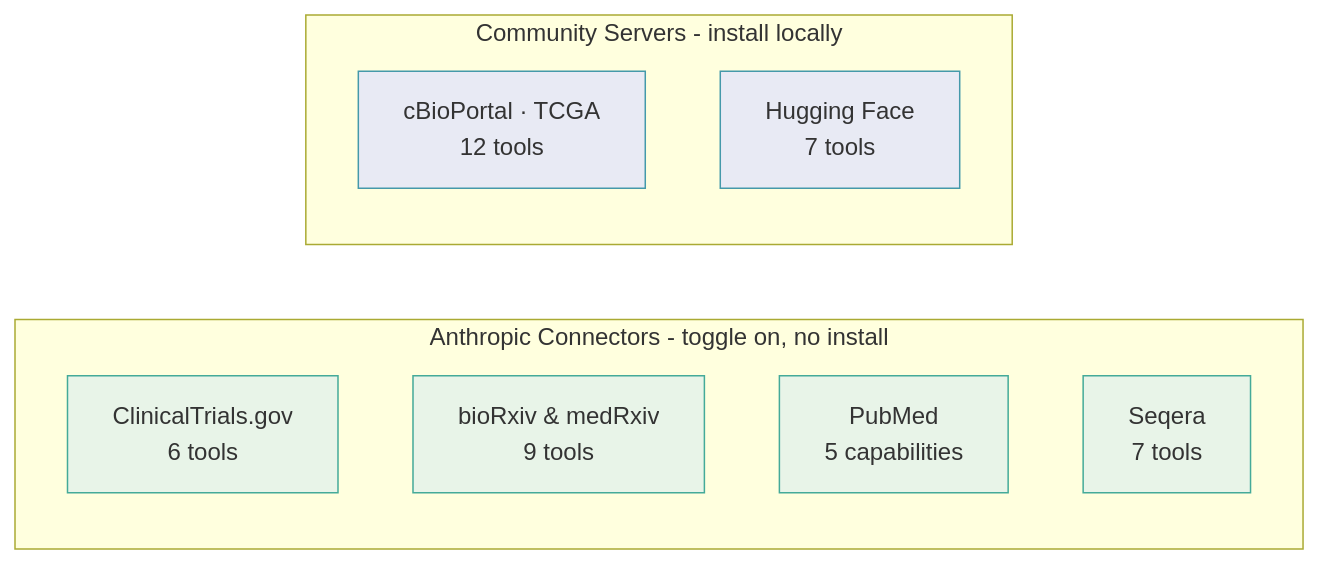
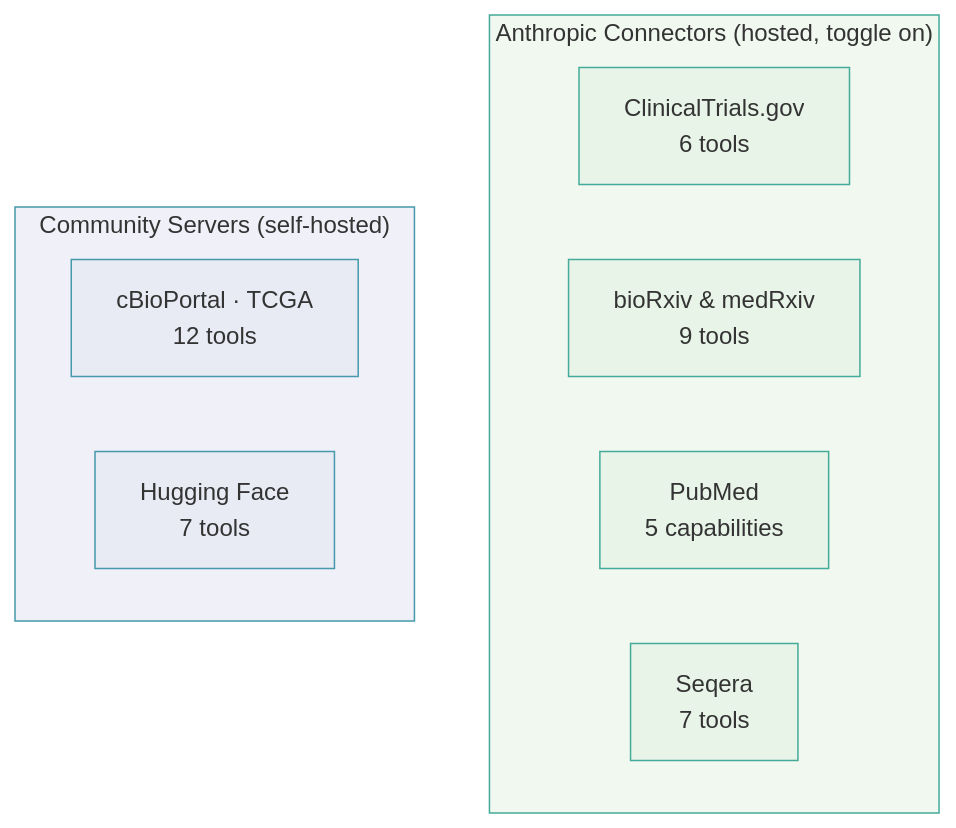
Before and after one commit to raymond301/precision-medicine-mcp: the diagram in docs/for-researchers/CONNECT_EXTERNAL_MCP.md, drawn with Mermaid.

Commit message:
fix labels layout

````diff
--- a/docs/for-researchers/CONNECT_EXTERNAL_MCP.md
+++ b/docs/for-researchers/CONNECT_EXTERNAL_MCP.md
@@ -5,19 +5,21 @@
 ```mermaid
-graph LR
-    subgraph "Anthropic Connectors - toggle on, no install"
+graph TD
+    subgraph hosted["Anthropic Connectors (hosted, toggle on)"]
         CT[ClinicalTrials.gov<br/>6 tools]
         BIO[bioRxiv & medRxiv<br/>9 tools]
         PM[PubMed<br/>5 capabilities]
         SQ[Seqera<br/>7 tools]
     end
-    subgraph "Community Servers - install locally"
+    subgraph local["Community Servers (self-hosted)"]
         CB[cBioPortal · TCGA<br/>12 tools]
         HF[Hugging Face<br/>7 tools]
     end
+    style hosted fill:#f0f8f0,stroke:#4a9
+    style local fill:#f0f0f8,stroke:#49a
     style CT fill:#e8f4e8,stroke:#4a9
     style BIO fill:#e8f4e8,stroke:#4a9
     style PM fill:#e8f4e8,stroke:#4a9
     style SQ fill:#e8f4e8,stroke:#4a9
     style CB fill:#e8eaf4,stroke:#49a
     style HF fill:#e8eaf4,stroke:#49a
 ```
````
